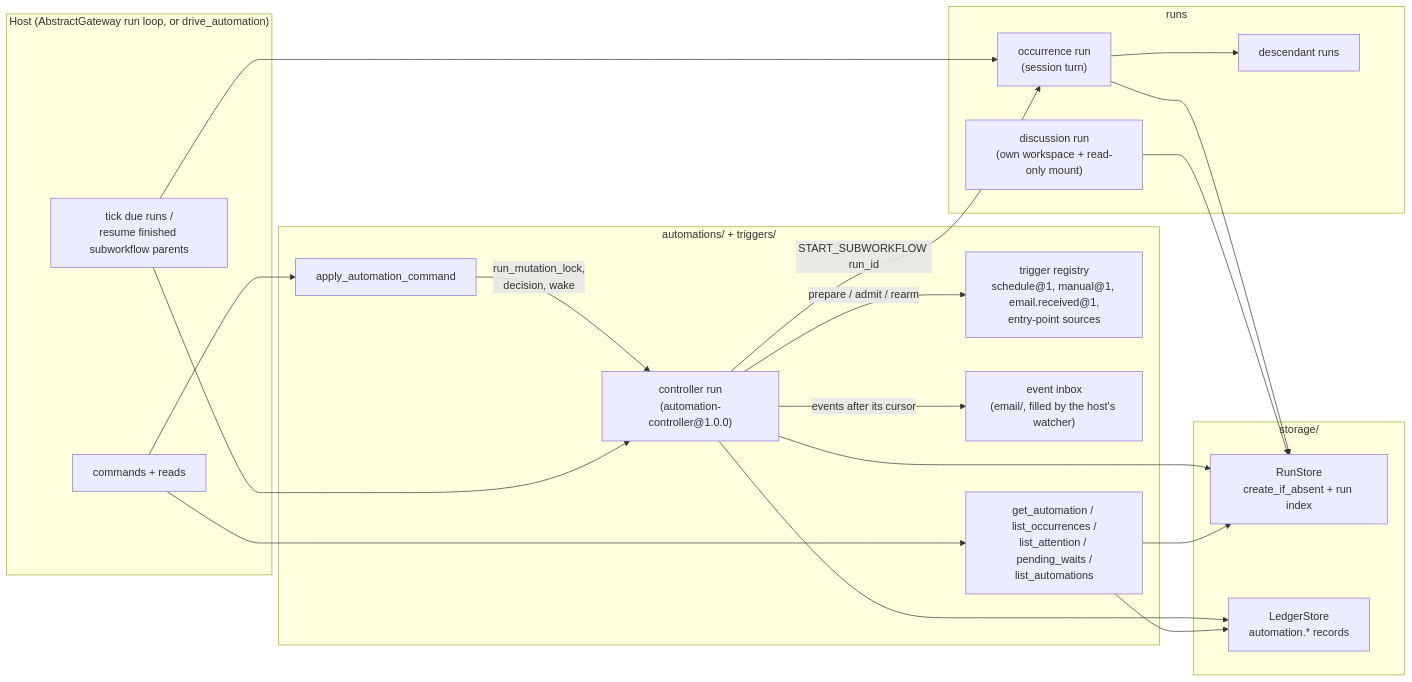
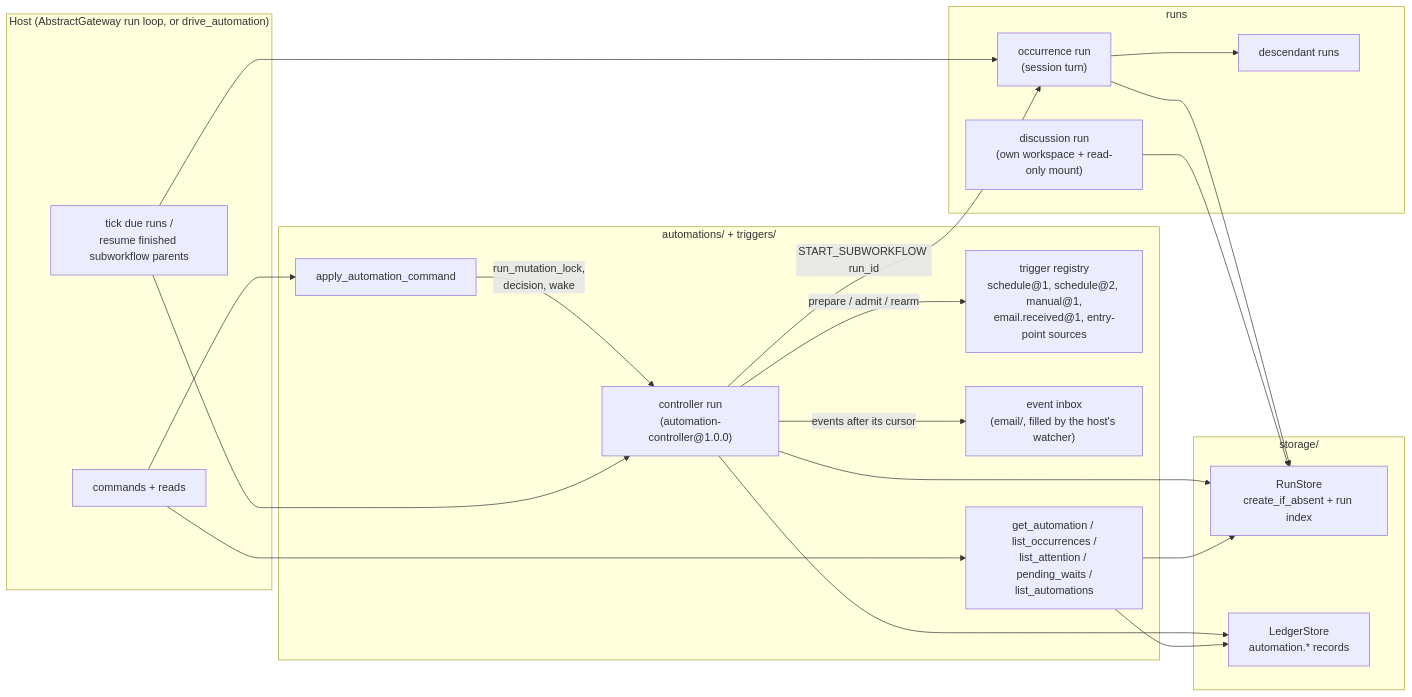
Before and after one commit to lpalbou/AbstractRuntime: the seventh of 7 diagrams in docs/architecture.md, drawn with Mermaid. The commit also changed 8 other files, not shown here.

Commit message:
docs: schedule@2 (calendar rules in a time zone, DST, monthly clamp, catch-up) in automations/api/faq/architecture; CHANGELOG Unreleased; llms regenerated

````diff
--- a/docs/architecture.md
+++ b/docs/architecture.md
@@ -326,39 +326,39 @@
 ```mermaid
 flowchart LR
   subgraph Host["Host (AbstractGateway run loop, or drive_automation)"]
     Loop["tick due runs /<br/>resume finished subworkflow parents"]
     API["commands + reads"]
   end
   subgraph Automations["automations/ + triggers/"]
     Commands["apply_automation_command"]
     Controller["controller run<br/>(automation-controller@1.0.0)"]
-    Triggers["trigger registry<br/>schedule@1, manual@1, email.received@1,<br/>entry-point sources"]
+    Triggers["trigger registry<br/>schedule@1, schedule@2, manual@1,<br/>email.received@1, entry-point sources"]
     Inbox["event inbox<br/>(email/, filled by the host's watcher)"]
     Queries["get_automation / list_occurrences /<br/>list_attention / pending_waits /<br/>list_automations"]
   end
   subgraph Runs["runs"]
     Occ["occurrence run<br/>(session turn)"]
     Desc["descendant runs"]
     Disc["discussion run<br/>(own workspace + read-only mount)"]
   end
   subgraph Stores["storage/"]
     RS["RunStore<br/>create_if_absent + run index"]
     LS["LedgerStore<br/>automation.* records"]
   end
 
   API --> Commands
   API --> Queries
   Commands -->|"run_mutation_lock,<br/>decision, wake"| Controller
   Loop --> Controller
   Loop --> Occ
   Controller -->|"prepare / admit / rearm"| Triggers
   Controller -->|"events after its cursor"| Inbox
   Controller -->|"START_SUBWORKFLOW run_id"| Occ
   Occ --> Desc
   Controller --> RS
   Controller --> LS
   Occ --> RS
   Disc --> RS
   Queries --> RS
   Queries --> LS
 ```
````
